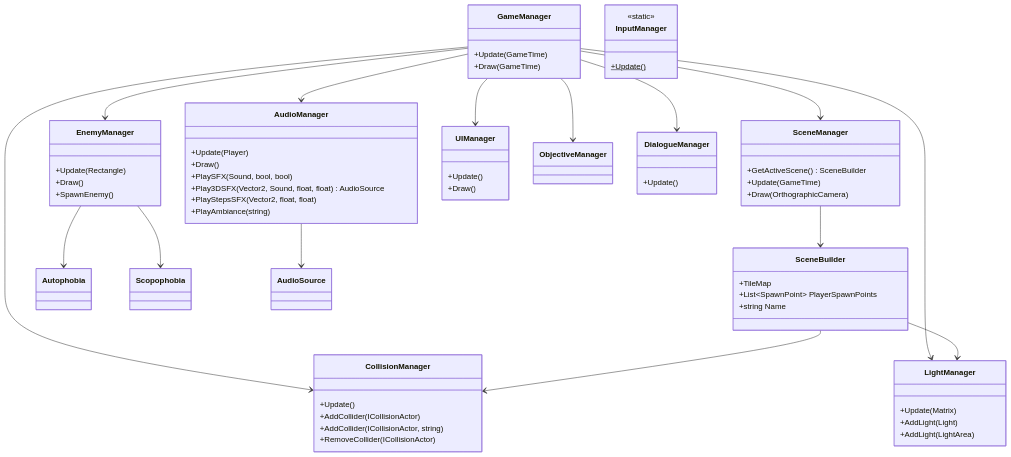
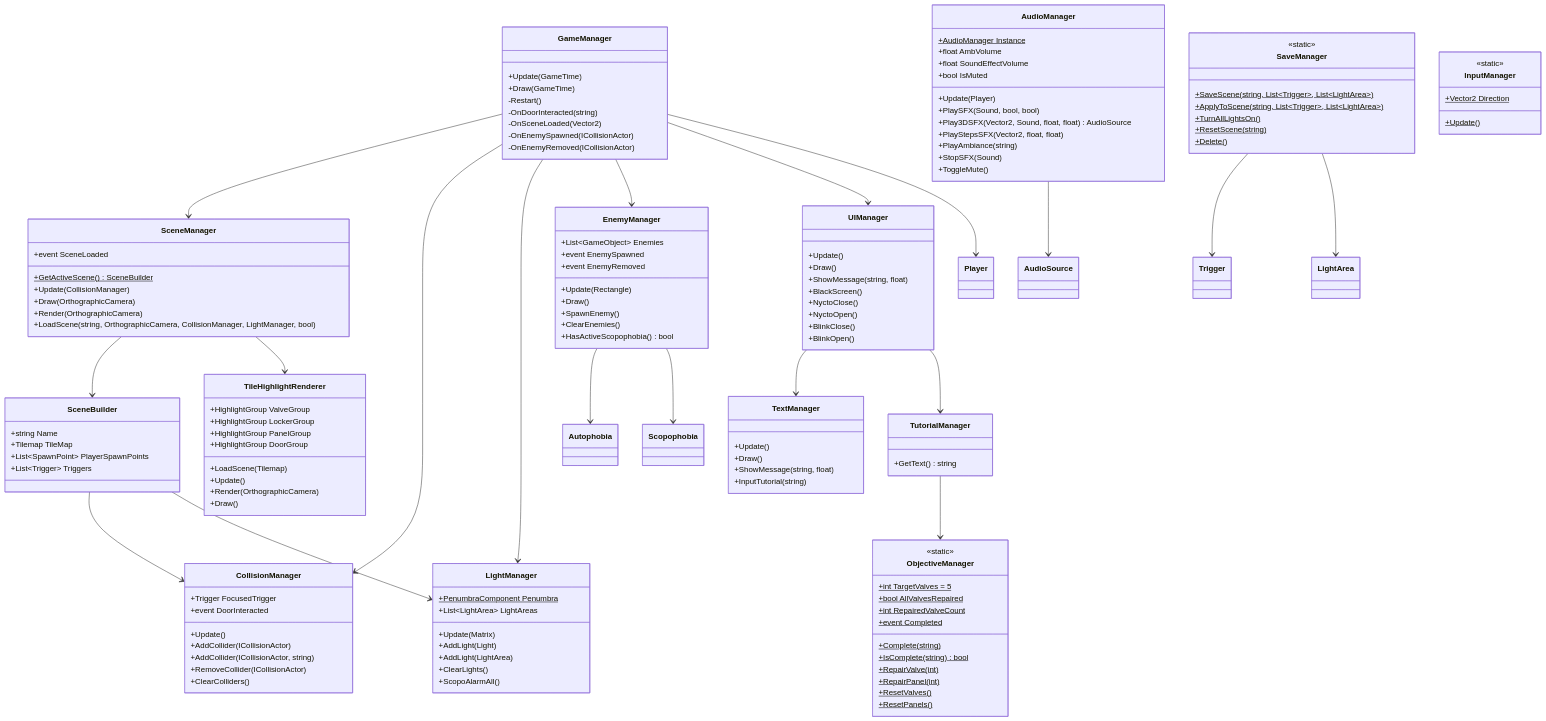
The second of 6 diagrams in docs/03_Software/02-class-diagram.md (Sambopukkazz/DG225_CoreX), drawn with Mermaid before and after one commit. The commit also changed other lines of this file and 26 other files, not shown here.

````diff
--- a/docs/03_Software/02-class-diagram.md
+++ b/docs/03_Software/02-class-diagram.md
@@ -79,66 +110,139 @@
     class GameManager {
         +Update(GameTime)
         +Draw(GameTime)
+        -Restart()
+        -OnDoorInteracted(string)
+        -OnSceneLoaded(Vector2)
+        -OnEnemySpawned(ICollisionActor)
+        -OnEnemyRemoved(ICollisionActor)
     }
     class SceneManager {
-        +GetActiveScene() SceneBuilder
-        +Update(GameTime)
+        +GetActiveScene() SceneBuilder$
+        +Update(CollisionManager)
         +Draw(OrthographicCamera)
+        +Render(OrthographicCamera)
+        +LoadScene(string, OrthographicCamera, CollisionManager, LightManager, bool)
+        +event SceneLoaded
     }
     class SceneBuilder {
-        +TileMap
+        +string Name
+        +Tilemap TileMap
         +List~SpawnPoint~ PlayerSpawnPoints
-        +string Name
+        +List~Trigger~ Triggers
     }
     class CollisionManager {
+        +Trigger FocusedTrigger
         +Update()
         +AddCollider(ICollisionActor)
         +AddCollider(ICollisionActor, string)
         +RemoveCollider(ICollisionActor)
+        +ClearColliders()
+        +event DoorInteracted
     }
     class LightManager {
+        +PenumbraComponent Penumbra$
+        +List~LightArea~ LightAreas
         +Update(Matrix)
         +AddLight(Light)
         +AddLight(LightArea)
+        +ClearLights()
+        +ScopoAlarmAll()
     }
     class AudioManager {
+        +AudioManager Instance$
+        +float AmbVolume
+        +float SoundEffectVolume
+        +bool IsMuted
         +Update(Player)
-        +Draw()
         +PlaySFX(Sound, bool, bool)
         +Play3DSFX(Vector2, Sound, float, float) AudioSource
         +PlayStepsSFX(Vector2, float, float)
         +PlayAmbiance(string)
+        +StopSFX(Sound)
+        +ToggleMute()
     }
     class EnemyManager {
+        +List~GameObject~ Enemies
         +Update(Rectangle)
         +Draw()
         +SpawnEnemy()
+        +ClearEnemies()
+        +HasActiveScopophobia() bool
+        +event EnemySpawned
+        +event EnemyRemoved
     }
     class UIManager {
         +Update()
         +Draw()
+        +ShowMessage(string, float)
+        +BlackScreen()
+        +NyctoClose()
+        +NyctoOpen()
+        +BlinkClose()
+        +BlinkOpen()
     }
-    class ObjectiveManager
-    class DialogueManager {
+    class TextManager {
         +Update()
+        +Draw()
+        +ShowMessage(string, float)
+        +InputTutorial(string)
+    }
+    class TutorialManager {
+        +GetText() string
+    }
+    class ObjectiveManager {
+        <<static>>
+        +int TargetValves = 5$
+        +bool AllValvesRepaired$
+        +int RepairedValveCount$
+        +Complete(string)$
+        +IsComplete(string) bool$
+        +RepairValve(int)$
+        +RepairPanel(int)$
+        +ResetValves()$
+        +ResetPanels()$
+        +event Completed$
+    }
+    class SaveManager {
+        <<static>>
+        +SaveScene(string, List~Trigger~, List~LightArea~)$
+        +ApplyToScene(string, List~Trigger~, List~LightArea~)$
+        +TurnAllLightsOn()$
+        +ResetScene(string)$
+        +Delete()$
     }
     class InputManager {
         <<static>>
+        +Vector2 Direction$
         +Update()$
+    }
+    class TileHighlightRenderer {
+        +HighlightGroup ValveGroup
+        +HighlightGroup LockerGroup
+        +HighlightGroup PanelGroup
+        +HighlightGroup DoorGroup
+        +LoadScene(Tilemap)
+        +Update()
+        +Render(OrthographicCamera)
+        +Draw()
     }
 
     GameManager --> SceneManager
     GameManager --> CollisionManager
     GameManager --> LightManager
-    GameManager --> AudioManager
     GameManager --> EnemyManager
     GameManager --> UIManager
-    GameManager --> ObjectiveManager
-    GameManager --> DialogueManager
+    GameManager --> Player
     SceneManager --> SceneBuilder
+    SceneManager --> TileHighlightRenderer
     SceneBuilder --> CollisionManager
     SceneBuilder --> LightManager
     EnemyManager --> Autophobia
     EnemyManager --> Scopophobia
     AudioManager --> AudioSource
+    UIManager --> TextManager
+    UIManager --> TutorialManager
+    TutorialManager --> ObjectiveManager
+    SaveManager --> Trigger
+    SaveManager --> LightArea
 ```
````
